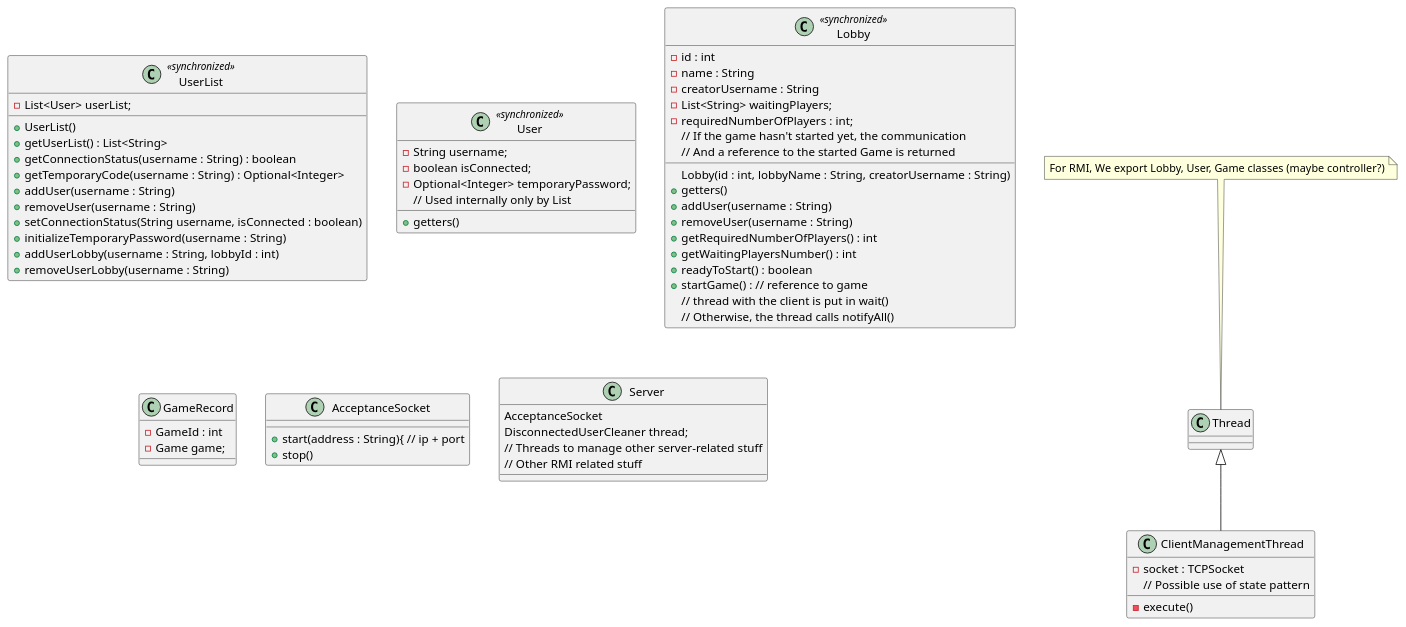
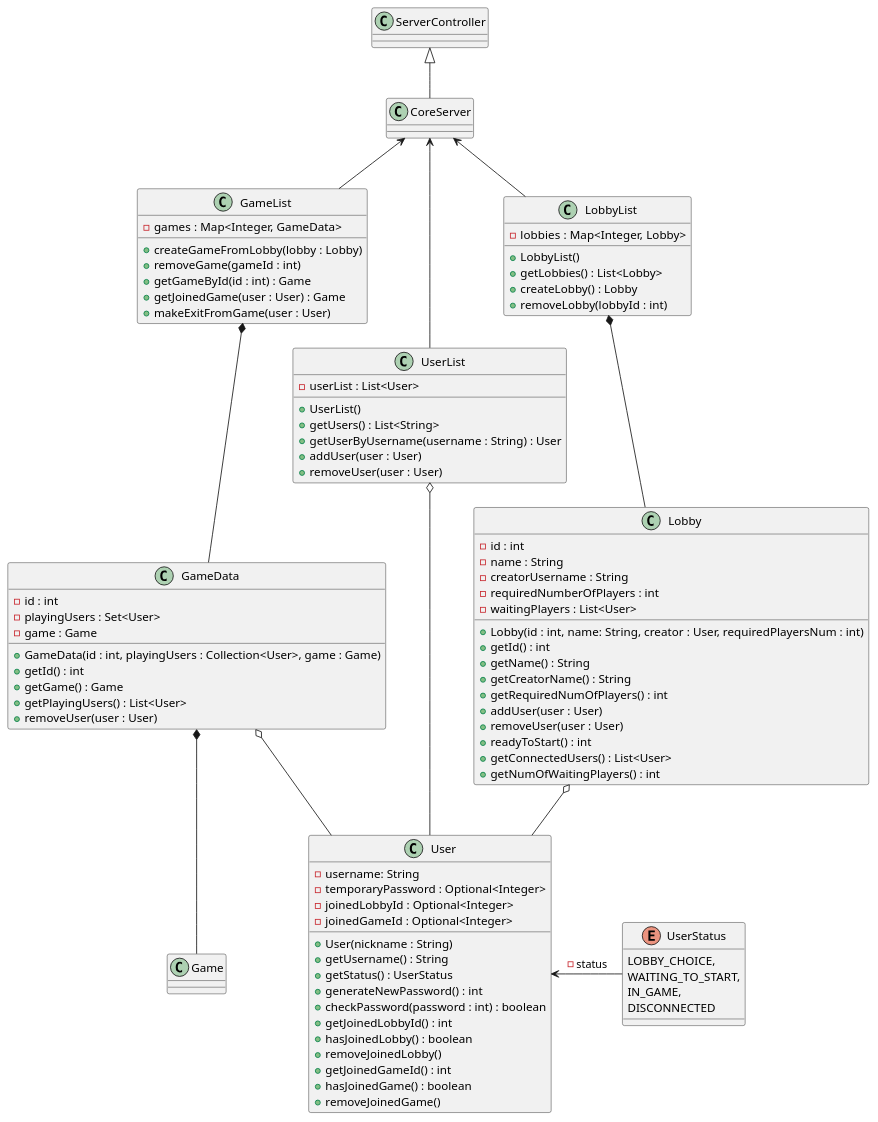
The diagram in CodexNaturalis/deliverables/final/uml/client-server/server.puml (LucaLeonx/ing-sw-2024-Leonzio-Lanza-LaGioia-Mauro), drawn with PlantUML before and after one commit. The commit also changed 1 other file, not shown here.

Commit message:
Added server UML class diagram

```diff
--- a/CodexNaturalis/deliverables/final/uml/client-server/server.puml
+++ b/CodexNaturalis/deliverables/final/uml/client-server/server.puml
@@ -1,74 +1,97 @@
 @startuml
 
-' Maybe just use a synchronized list
-class UserList <<synchronized>> {
-    - List<User> userList;
+class UserList {
+    - userList : List<User>
     + UserList()
-    + getUserList() : List<String>
-    + getConnectionStatus(username : String) : boolean
-    + getTemporaryCode(username : String) : Optional<Integer>
-    + addUser(username : String)
-    + removeUser(username : String)
-    + setConnectionStatus(String username, isConnected : boolean)
-    + initializeTemporaryPassword(username : String)
-    + addUserLobby(username : String, lobbyId : int)
-    + removeUserLobby(username : String)
+    + getUsers() : List<String>
+    + getUserByUsername(username : String) : User
+    + addUser(user : User)
+    + removeUser(user : User)
 }
 
-class User <<synchronized>> {
-    - String username;
-    - boolean isConnected;
-    ' May be changed to ENUM later
-    - Optional<Integer> temporaryPassword;
-    + getters()
-    // Used internally only by List
+class User {
+    - username: String
+    - temporaryPassword : Optional<Integer>
+    - joinedLobbyId : Optional<Integer>
+    - joinedGameId : Optional<Integer>
+    + User(nickname : String)
+    + getUsername() : String
+    + getStatus() : UserStatus
+    + generateNewPassword() : int
+    + checkPassword(password : int) : boolean
+    + getJoinedLobbyId() : int
+    + hasJoinedLobby() : boolean
+    + removeJoinedLobby()
+    + getJoinedGameId() : int
+    + hasJoinedGame() : boolean
+    + removeJoinedGame()
 }
 
-' Maybe add a LobbyList class, if necessary
-class Lobby <<synchronized>> {
+enum UserStatus {
+    LOBBY_CHOICE,
+    WAITING_TO_START,
+    IN_GAME,
+    DISCONNECTED
+}
+
+class Lobby {
     - id : int
     - name : String
     - creatorUsername : String
-    - List<String> waitingPlayers;
-    - requiredNumberOfPlayers : int;
-    Lobby(id : int, lobbyName : String, creatorUsername : String)
-    + getters()
-    + addUser(username : String)
-    + removeUser(username : String)
-    + getRequiredNumberOfPlayers() : int
-    + getWaitingPlayersNumber() : int
-    + readyToStart() : boolean
-    + startGame() : // reference to game
-    // If the game hasn't started yet, the communication
-    // thread with the client is put in wait()
-    // Otherwise, the thread calls notifyAll()
-    // And a reference to the started Game is returned
+    - requiredNumberOfPlayers : int
+    - waitingPlayers : List<User>
+    + Lobby(id : int, name: String, creator : User, requiredPlayersNum : int)
+    + getId() : int
+    + getName() : String
+    + getCreatorName() : String
+    + getRequiredNumOfPlayers() : int
+    + addUser(user : User)
+    + removeUser(user : User)
+    + readyToStart() : int
+    + getConnectedUsers() : List<User>
+    + getNumOfWaitingPlayers() : int
 }
 
-class GameRecord {
-    'List<String> users;
-    - GameId : int
-    - Game game;
+class LobbyList {
+    - lobbies : Map<Integer, Lobby>
+    + LobbyList()
+    + getLobbies() : List<Lobby>
+    + createLobby() : Lobby
+    + removeLobby(lobbyId : int)
 }
 
 
-class AcceptanceSocket {
-    + start(address : String){ // ip + port
-    + stop()
+class GameData {
+    - id : int
+    - playingUsers : Set<User>
+    - game : Game
+    + GameData(id : int, playingUsers : Collection<User>, game : Game)
+    + getId() : int
+    + getGame() : Game
+    + getPlayingUsers() : List<User>
+    + removeUser(user : User)
 }
 
-class ClientManagementThread extends Thread {
-    - socket : TCPSocket
-    - execute()
-    // Possible use of state pattern
-}
-note top: For RMI, We export Lobby, User, Game classes (maybe controller?)
-
-class Server {
-    AcceptanceSocket
-    DisconnectedUserCleaner thread;
-    // Threads to manage other server-related stuff
-    // Other RMI related stuff
+class GameList {
+    - games : Map<Integer, GameData>
+    + createGameFromLobby(lobby : Lobby)
+    + removeGame(gameId : int)
+    + getGameById(id : int) : Game
+    + getJoinedGame(user : User) : Game
+    + makeExitFromGame(user : User)
 }
 
+User -u-o UserList
+User -u-o GameData
+Game -u-* GameData
+GameData -u-* GameList
+UserStatus -l-> User : - status
+User -u-o Lobby
+Lobby -u-* LobbyList
+LobbyList -u-> CoreServer
+GameList -u-> CoreServer
+UserList -u-> CoreServer
+CoreServer -u-|> ServerController
+
+
 @enduml
```
